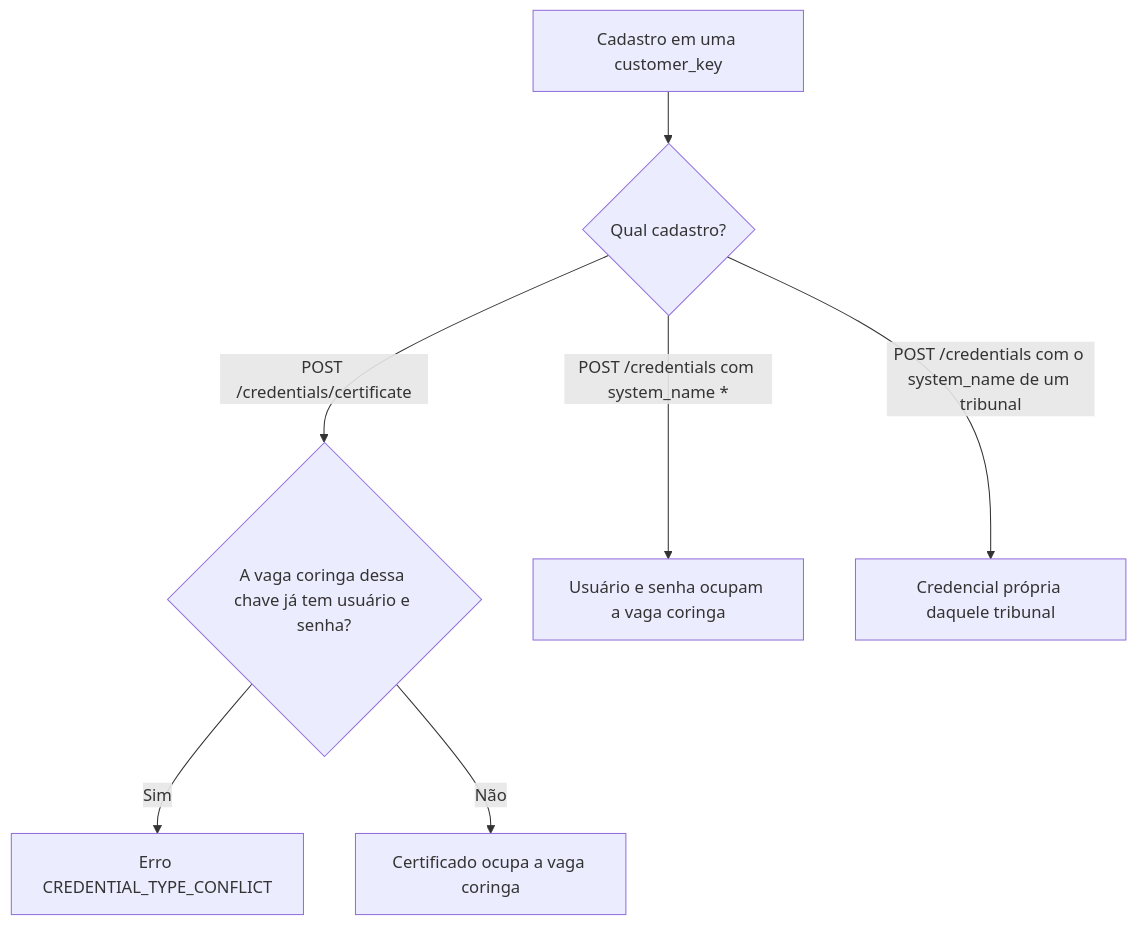
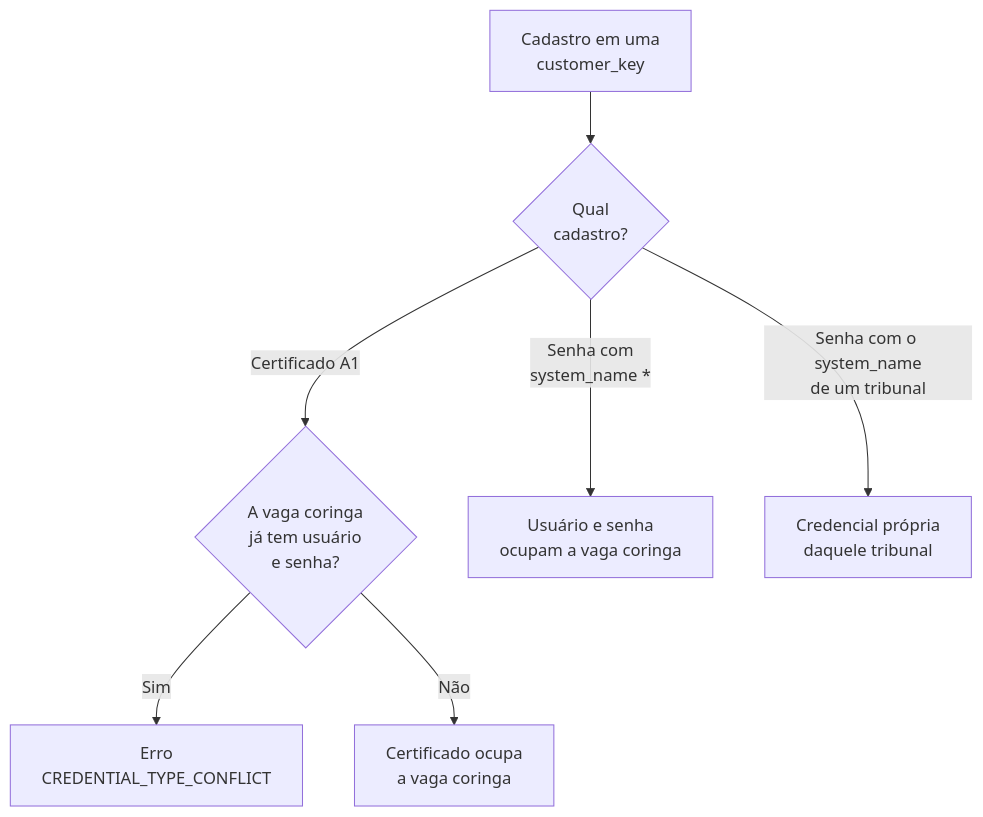
The third of 4 diagrams in essentials/cofre-de-credenciais.mdx (abdallaJUDIT/docs), drawn with Mermaid before and after one commit. The commit also changed other lines of this file and 1 other file, not shown here.

Commit message:
fix(cofre): quebra os rótulos longos dos fluxogramas
Os textos dos fluxogramas da credencial coringa e do Passo 1 saíam
cortados na renderização. Quebra as frases em linhas curtas com <br/>
e encurta as setas do fluxograma de cadastro (PT e EN).

````diff
--- a/essentials/cofre-de-credenciais.mdx
+++ b/essentials/cofre-de-credenciais.mdx
@@ -371,9 +371,9 @@
 ```mermaid
 flowchart TD
-    A[Cadastro em uma customer_key] --> B{Qual cadastro?}
-    B -->|POST /credentials/certificate| C{A vaga coringa dessa chave já tem usuário e senha?}
-    C -->|Sim| D[Erro CREDENTIAL_TYPE_CONFLICT]
-    C -->|Não| E[Certificado ocupa a vaga coringa]
-    B -->|POST /credentials com system_name *| F[Usuário e senha ocupam a vaga coringa]
-    B -->|POST /credentials com o system_name de um tribunal| G[Credencial própria daquele tribunal]
+    A[Cadastro em uma<br/>customer_key] --> B{Qual<br/>cadastro?}
+    B -->|Certificado A1| C{A vaga coringa<br/>já tem usuário<br/>e senha?}
+    C -->|Sim| D[Erro<br/>CREDENTIAL_TYPE_CONFLICT]
+    C -->|Não| E[Certificado ocupa<br/>a vaga coringa]
+    B -->|Senha com<br/>system_name *| F[Usuário e senha<br/>ocupam a vaga coringa]
+    B -->|Senha com o system_name<br/>de um tribunal| G[Credencial própria<br/>daquele tribunal]
 ```
````
